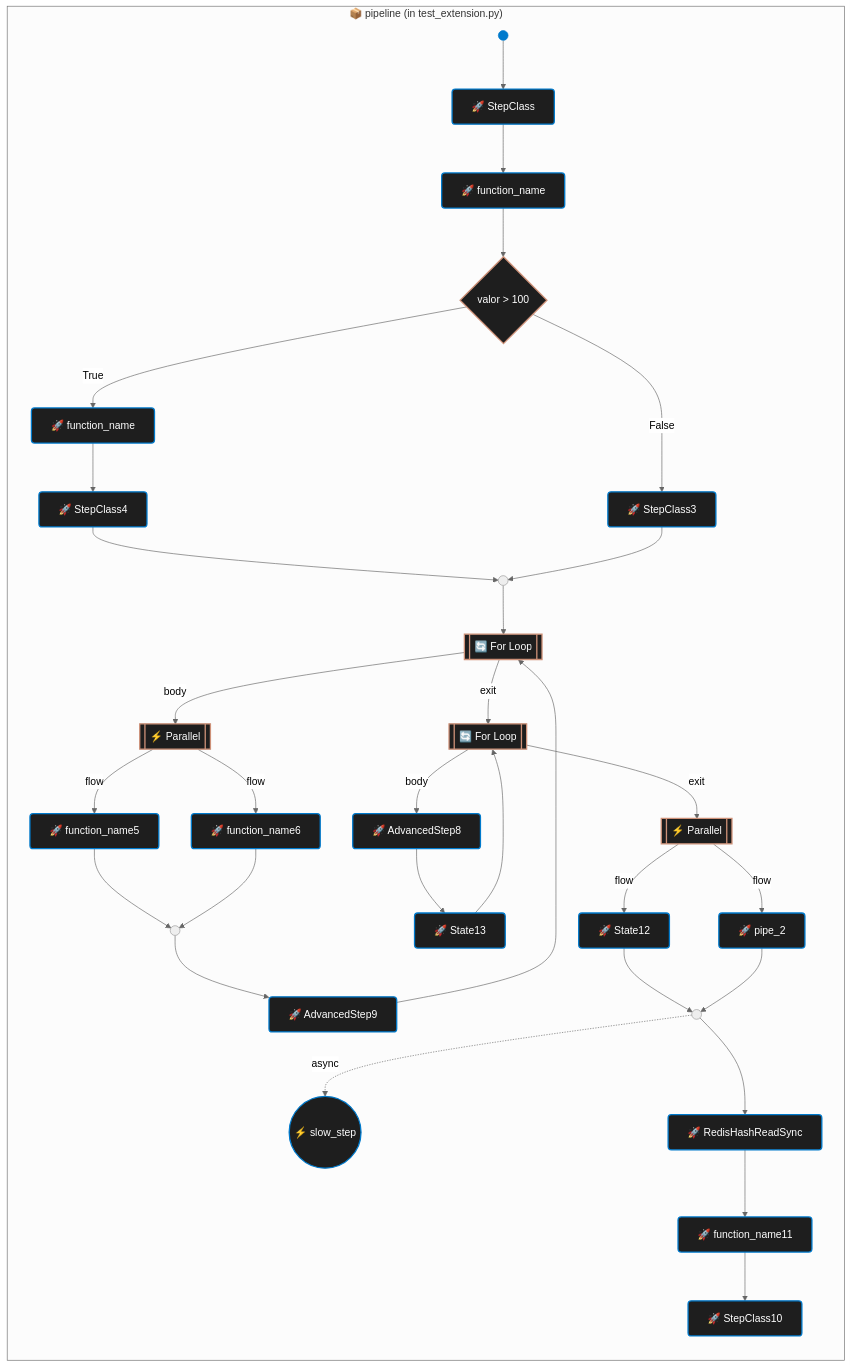
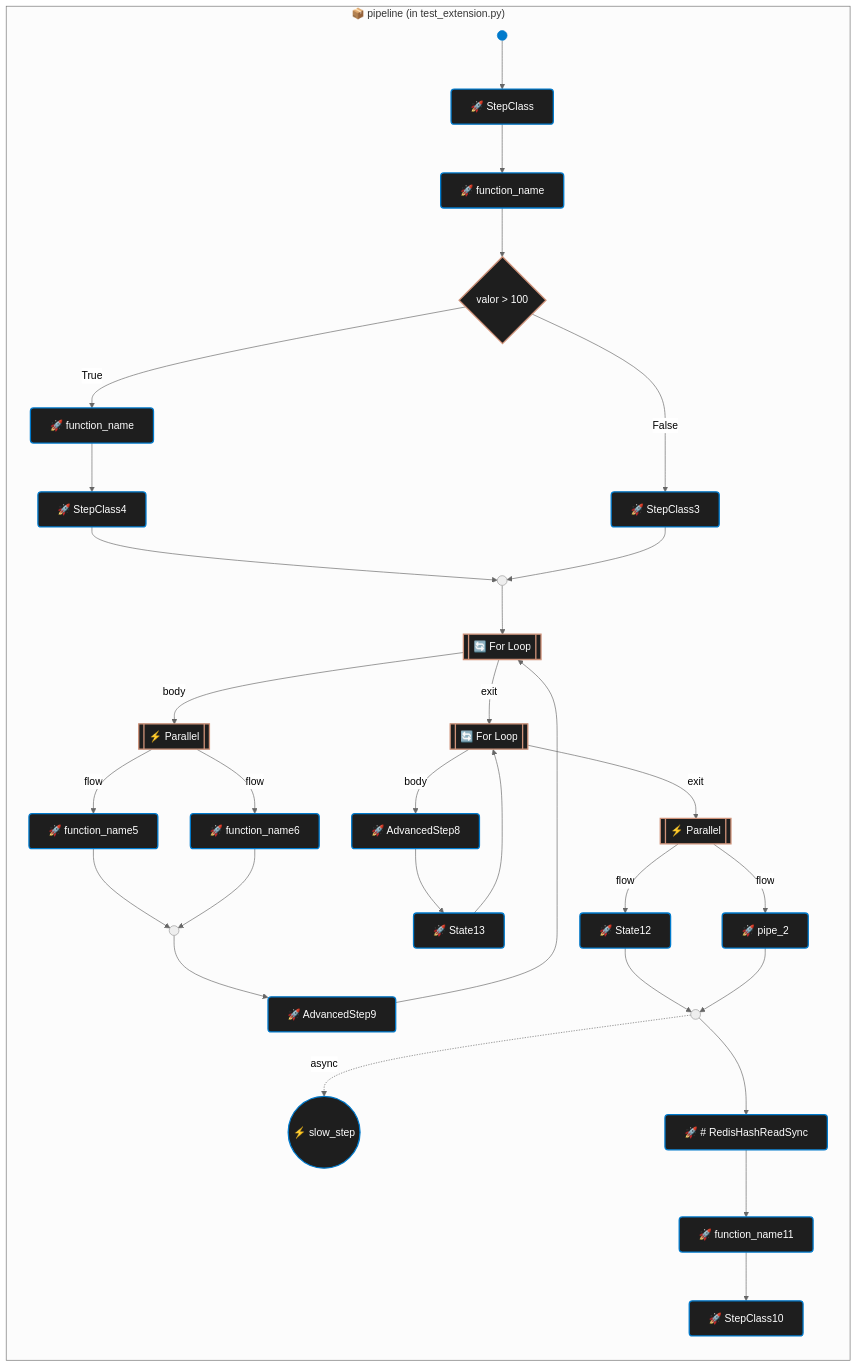
One commit to wisrovi/wpipe changed the diagram in editors/extension_example/test_extension_dag.wpipe.md. Above: the diagram before and after it, drawn with Mermaid (neutral theme). The commit also changed 53 other files, not shown here.

````diff
--- a/editors/extension_example/test_extension_dag.wpipe.md
+++ b/editors/extension_example/test_extension_dag.wpipe.md
@@ -5,42 +5,42 @@
 ```mermaid
 flowchart TD
   classDef step fill:#1e1e1e,stroke:#007acc,stroke-width:2px,color:#fff,rx:5,ry:5
   classDef logic fill:#1e1e1e,stroke:#ce9178,stroke-width:2px,color:#fff,rx:2,ry:2
   classDef startN fill:#007acc,stroke:#007acc,color:#fff
-  subgraph sg_paejo ["📦 pipeline (in test_extension.py)"]
+  subgraph sg_pldnh ["📦 pipeline (in test_extension.py)"]
     direction TD
-    start_paejo(( )):::startN
-      start_paejo --> nLpaejo0[" 🚀 StepClass "]:::step
-      nLpaejo0 --> nLpaejo1[" 🚀 function_name "]:::step
-      nLpaejo1 --> nLpaejo2{"valor > 100"}:::logic
-      nLpaejo2 -- True --> nnLpaejo2T0[" 🚀 function_name "]:::step
-      nnLpaejo2T0 --> nnLpaejo2T1[" 🚀 StepClass4 "]:::step
-      nnLpaejo2T1 --> nLpaejo2_m(( ))
-      nLpaejo2 -- False --> nnLpaejo2F0[" 🚀 StepClass3 "]:::step
-      nnLpaejo2F0 --> nLpaejo2_m(( ))
-      nLpaejo2_m --> nLpaejo3[[" 🔄 For Loop "]]:::logic
-      nLpaejo3 -- body --> nnLpaejo3F0[[" ⚡ Parallel "]]:::logic
-      nnLpaejo3F0 -- flow --> nnnLpaejo3F0P00[" 🚀 function_name5 "]:::step
-      nnnLpaejo3F0P00 --> nnLpaejo3F0_m(( ))
-      nnLpaejo3F0 -- flow --> nnnLpaejo3F0P10[" 🚀 function_name6 "]:::step
-      nnnLpaejo3F0P10 --> nnLpaejo3F0_m(( ))
-      nnLpaejo3F0_m --> nnLpaejo3F1[" 🚀 AdvancedStep9 "]:::step
-      nnLpaejo3F1 --> nLpaejo3
-      nLpaejo3 -- exit --> nLpaejo4[[" 🔄 For Loop "]]:::logic
-      nLpaejo4 -- body --> nnLpaejo4F0[" 🚀 AdvancedStep8 "]:::step
-      nnLpaejo4F0 --> nnLpaejo4F1[" 🚀 State13 "]:::step
-      nnLpaejo4F1 --> nLpaejo4
-      nLpaejo4 -- exit --> nLpaejo5[[" ⚡ Parallel "]]:::logic
-      nLpaejo5 -- flow --> nnLpaejo5P00[" 🚀 State12 "]:::step
-      nnLpaejo5P00 --> nLpaejo5_m(( ))
-      nLpaejo5 -- flow --> nnLpaejo5P10[" 🚀 pipe_2 "]:::step
-      nnLpaejo5P10 --> nLpaejo5_m(( ))
-      nLpaejo5_m -. async .-> nLpaejo6((" ⚡ slow_step ")):::step
-      nLpaejo5_m --> nLpaejo7[" 🚀 RedisHashReadSync "]:::step
-      nLpaejo7 --> nLpaejo8[" 🚀 function_name11 "]:::step
+    start_pldnh(( )):::startN
+      start_pldnh --> nLpldnh0[" 🚀 StepClass "]:::step
+      nLpldnh0 --> nLpldnh1[" 🚀 function_name "]:::step
+      nLpldnh1 --> nLpldnh2{"valor > 100"}:::logic
+      nLpldnh2 -- True --> nnLpldnh2T0[" 🚀 function_name "]:::step
+      nnLpldnh2T0 --> nnLpldnh2T1[" 🚀 StepClass4 "]:::step
+      nnLpldnh2T1 --> nLpldnh2_m(( ))
+      nLpldnh2 -- False --> nnLpldnh2F0[" 🚀 StepClass3 "]:::step
+      nnLpldnh2F0 --> nLpldnh2_m(( ))
+      nLpldnh2_m --> nLpldnh3[[" 🔄 For Loop "]]:::logic
+      nLpldnh3 -- body --> nnLpldnh3F0[[" ⚡ Parallel "]]:::logic
+      nnLpldnh3F0 -- flow --> nnnLpldnh3F0P00[" 🚀 function_name5 "]:::step
+      nnnLpldnh3F0P00 --> nnLpldnh3F0_m(( ))
+      nnLpldnh3F0 -- flow --> nnnLpldnh3F0P10[" 🚀 function_name6 "]:::step
+      nnnLpldnh3F0P10 --> nnLpldnh3F0_m(( ))
+      nnLpldnh3F0_m --> nnLpldnh3F1[" 🚀 AdvancedStep9 "]:::step
+      nnLpldnh3F1 --> nLpldnh3
+      nLpldnh3 -- exit --> nLpldnh4[[" 🔄 For Loop "]]:::logic
+      nLpldnh4 -- body --> nnLpldnh4F0[" 🚀 AdvancedStep8 "]:::step
+      nnLpldnh4F0 --> nnLpldnh4F1[" 🚀 State13 "]:::step
+      nnLpldnh4F1 --> nLpldnh4
+      nLpldnh4 -- exit --> nLpldnh5[[" ⚡ Parallel "]]:::logic
+      nLpldnh5 -- flow --> nnLpldnh5P00[" 🚀 State12 "]:::step
+      nnLpldnh5P00 --> nLpldnh5_m(( ))
+      nLpldnh5 -- flow --> nnLpldnh5P10[" 🚀 pipe_2 "]:::step
+      nnLpldnh5P10 --> nLpldnh5_m(( ))
+      nLpldnh5_m -. async .-> nLpldnh6((" ⚡ slow_step ")):::step
+      nLpldnh5_m --> nLpldnh7[" 🚀 # RedisHashReadSync "]:::step
+      nLpldnh7 --> nLpldnh8[" 🚀 function_name11 "]:::step
 
-      nLpaejo8 --> nAkv50[" 🚀 StepClass10 "]:::step
+      nLpldnh8 --> nAfxq0[" 🚀 StepClass10 "]:::step
 
   end
 
 ```
````
